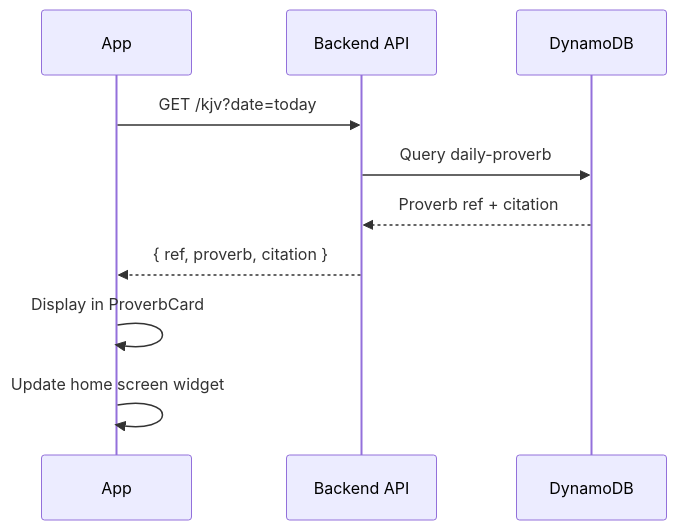
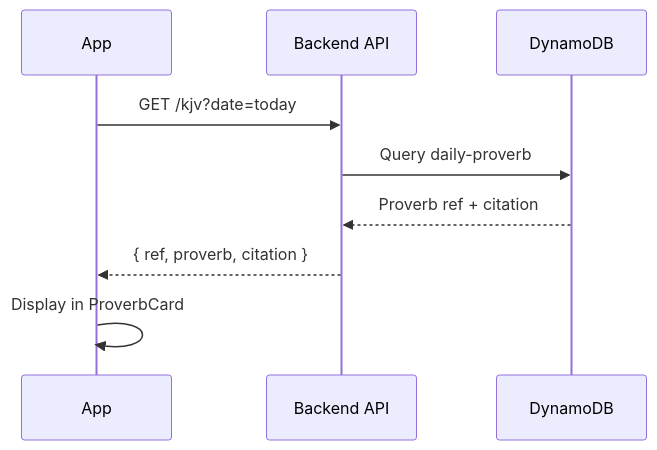
Before and after one commit to joshp93/LemuelApp: the first of 6 diagrams in README.md, drawn with Mermaid. The commit also changed other lines of this file and 17 other files, not shown here.

````diff
--- a/README.md
+++ b/README.md
@@ -18,13 +18,12 @@
 ```mermaid
 sequenceDiagram
     participant App
     participant API as Backend API
     participant DB as DynamoDB
 
     App->>API: GET /kjv?date=today
     API->>DB: Query daily-proverb
     DB-->>API: Proverb ref + citation
     API-->>App: { ref, proverb, citation }
     App->>App: Display in ProverbCard
-    App->>App: Update home screen widget
 ```
````
